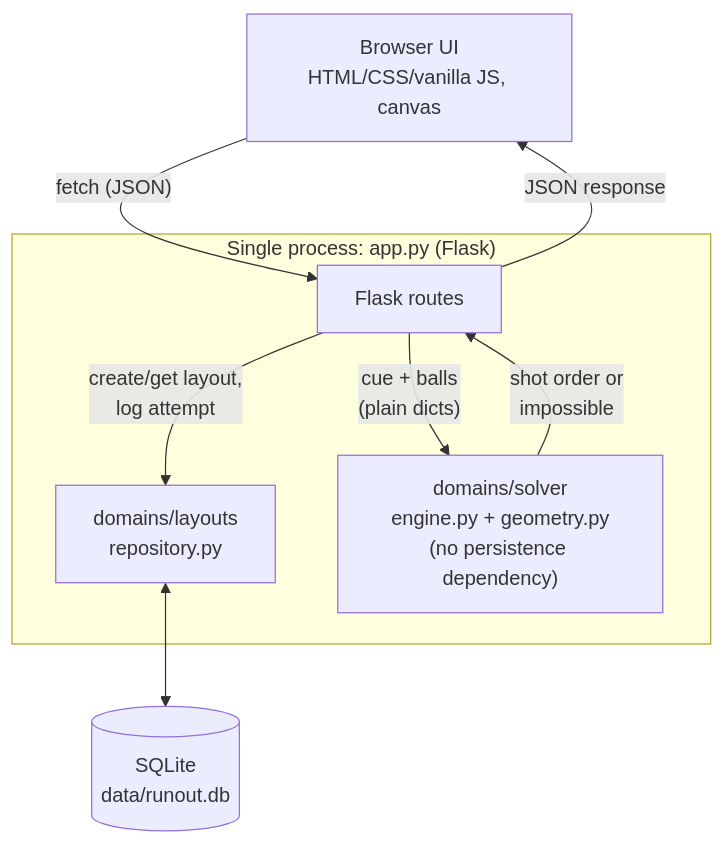
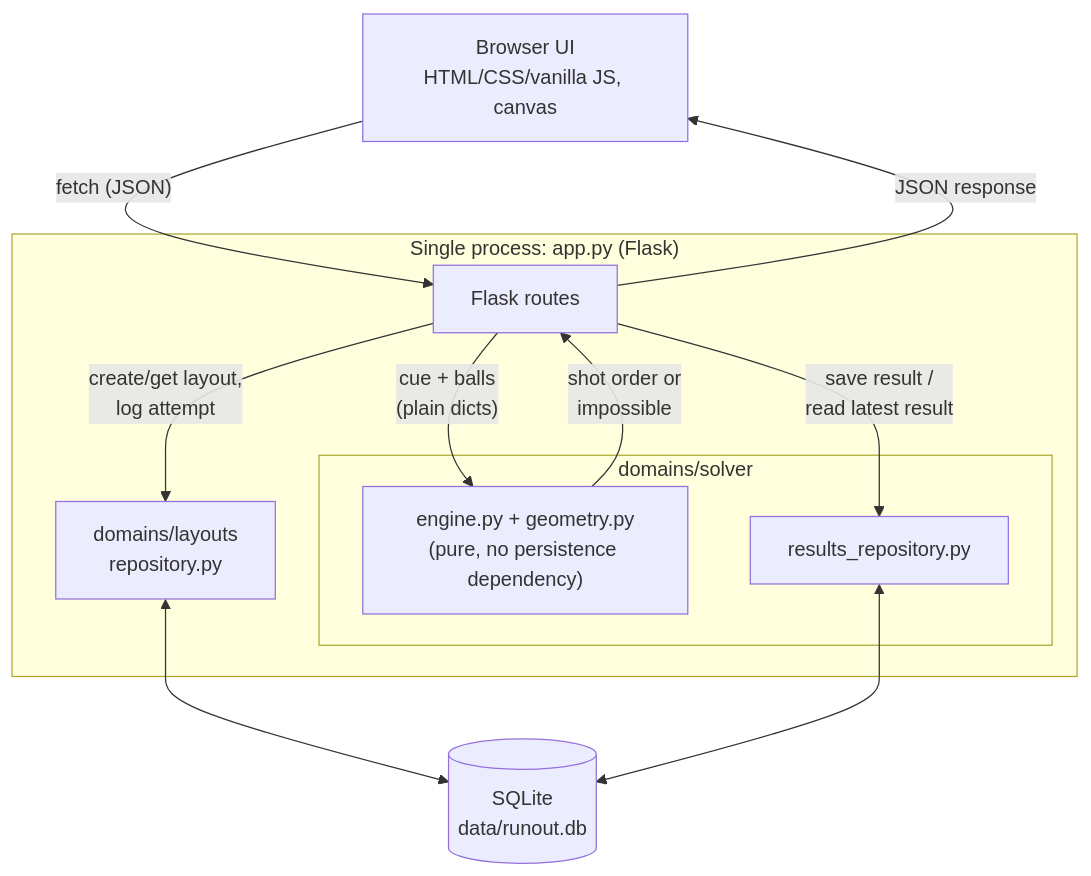
One commit to Lauragr9/pool-runout-planner changed the first of 2 diagrams in docs/diagrams.md. Above: the diagram before and after it, drawn with Mermaid. The commit also changed other lines of this file and 8 other files, not shown here.

First line of the commit message:
Give the solver domain its own SQLite persistence

````diff
--- a/docs/diagrams.md
+++ b/docs/diagrams.md
@@ -9,19 +9,24 @@
 ```mermaid
 flowchart TB
     Browser["Browser UI<br/>HTML/CSS/vanilla JS, canvas"]
 
     subgraph Process["Single process: app.py (Flask)"]
         Routes["Flask routes"]
         Layouts["domains/layouts<br/>repository.py"]
-        Solver["domains/solver<br/>engine.py + geometry.py<br/>(no persistence dependency)"]
+        subgraph SolverDomain["domains/solver"]
+            Algorithm["engine.py + geometry.py<br/>(pure, no persistence dependency)"]
+            ResultsRepo["results_repository.py"]
+        end
     end
 
     DB[("SQLite<br/>data/runout.db")]
 
     Browser -- "fetch (JSON)" --> Routes
     Routes -- "create/get layout,<br/>log attempt" --> Layouts
-    Routes -- "cue + balls<br/>(plain dicts)" --> Solver
-    Solver -- "shot order or<br/>impossible" --> Routes
+    Routes -- "cue + balls<br/>(plain dicts)" --> Algorithm
+    Algorithm -- "shot order or<br/>impossible" --> Routes
+    Routes -- "save result /<br/>read latest result" --> ResultsRepo
     Routes -- "JSON response" --> Browser
     Layouts <--> DB
+    ResultsRepo <--> DB
 ```
````
